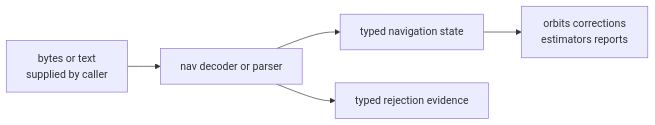
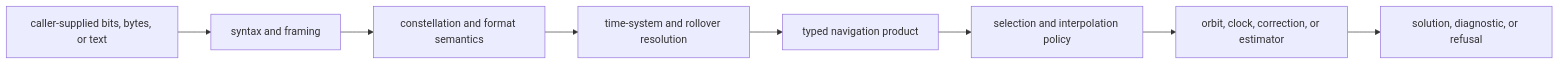
One commit to bijux/bijux-telecom changed the first of 3 diagrams in docs/04-bijux-gnss-nav/interfaces/format-and-product-contracts.md. Above: the diagram before and after it, drawn with Mermaid. The commit also changed other lines of this file, not shown here.

Commit message:
docs(nav): define navigation product trust boundaries

````diff
--- a/docs/04-bijux-gnss-nav/interfaces/format-and-product-contracts.md
+++ b/docs/04-bijux-gnss-nav/interfaces/format-and-product-contracts.md
@@ -18,12 +20,13 @@
 ```mermaid
 flowchart LR
-    bytes["bytes or text<br/>supplied by caller"]
-    decoder["nav decoder or parser"]
-    state["typed navigation state"]
-    reject["typed rejection evidence"]
-    consumers["orbits corrections<br/>estimators reports"]
+    input["caller-supplied bits, bytes, or text"]
+    parse["syntax and framing"]
+    decode["constellation and format semantics"]
+    time["time-system and rollover resolution"]
+    product["typed navigation product"]
+    policy["selection and interpolation policy"]
+    model["orbit, clock, correction, or estimator"]
+    evidence["solution, diagnostic, or refusal"]
 
-    bytes --> decoder
-    decoder --> state --> consumers
-    decoder --> reject
+    input --> parse --> decode --> time --> product --> policy --> model --> evidence
 ```
````
